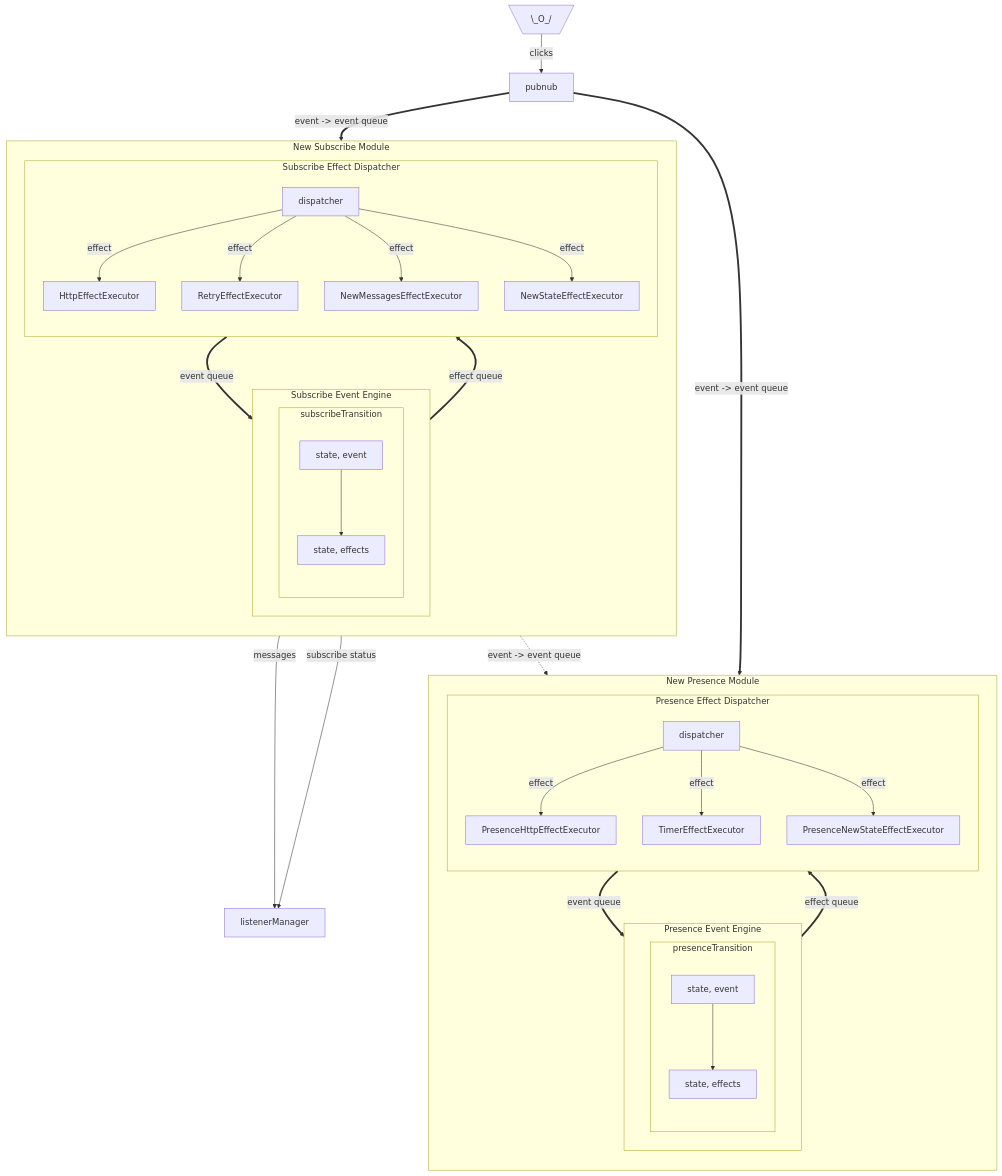
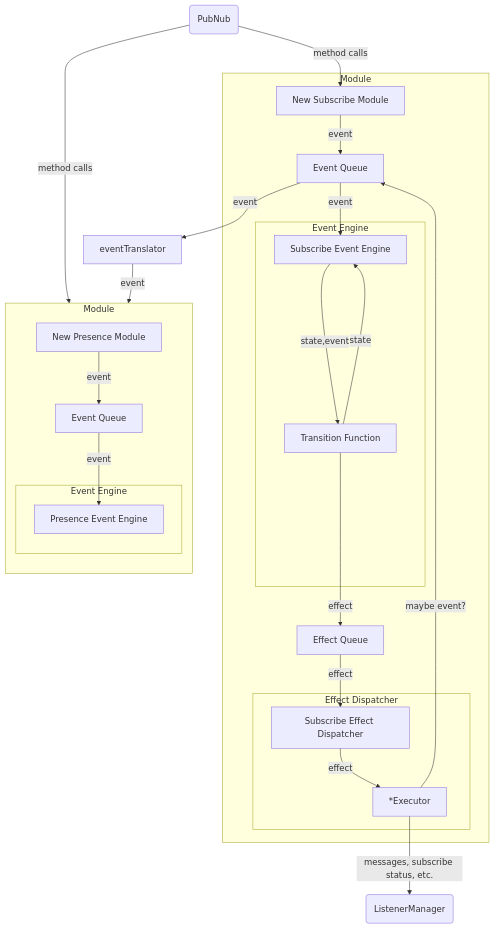
Before and after one commit to pubnub/kotlin: the diagram in SUBSCRIBE.MD, drawn with Mermaid. The commit also changed other lines of this file, not shown here.

Commit message:
Better diagram?

````diff
--- a/SUBSCRIBE.MD
+++ b/SUBSCRIBE.MD
@@ -1,42 +2,42 @@
 ```mermaid
 flowchart TB
-  subgraph subscribeModule[New Subscribe Module]
-      direction TB
-      subgraph eventEngine[Subscribe Event Engine]
-        subgraph subscribeTransition 
-            state,event1[state, event] --> state,effects1[state, effects]
-        end
-      end
-      
-      subgraph effectDispatcher[Subscribe Effect Dispatcher]
-            direction TB
-            dispatcher -- effect --> HttpEffectExecutor & RetryEffectExecutor & NewMessagesEffectExecutor & NewStateEffectExecutor
-      end
+  pubnub(PubNub)
+  listenerManager(ListenerManager)
+  subgraph subModule[Module]
+
+    newSubscribeModule[New Subscribe Module]
+    subgraph subEventEngine[Event Engine]
+      subscribeEventEngine[Subscribe Event Engine]
+      subscribeTransition[Transition Function]
+    end
+    subscribeEventQueue[Event Queue]
+    subscribeEffectQueue[Effect Queue]
+    subgraph subEffectDispatcher[Effect Dispatcher]
+      subscribeEffectDispatcher[Subscribe Effect Dispatcher]
+      *Executor
+    end
   end
 
-  subgraph presenceModule[New Presence Module]
+  subgraph presModule[Module]
     direction TB
-    subgraph presenceEventEngine[Presence Event Engine]
-      subgraph presenceTransition 
-            state,event2[state, event] --> state,effects2[state, effects]
-      end
+    newPresenceModule[New Presence Module]
+    presenceEventQueue[Event Queue]
+    subgraph presEventEngine[Event Engine]
+      presenceEventEngine[Presence Event Engine]
     end
-    subgraph presenceDispatcher[Presence Effect Dispatcher]
-      direction TB
-      presenceDisp[dispatcher] -- effect --> PresenceHttpEffectExecutor & TimerEffectExecutor & PresenceNewStateEffectExecutor
-    end    
-    
   end
+  eventTranslator
 
-  eventEngine == effect queue ==> effectDispatcher
-  effectDispatcher == event queue ==> eventEngine
-  presenceEventEngine == effect queue ==> presenceDispatcher
-  presenceDispatcher == event queue ==> presenceEventEngine
-  user[\\_O_//] -- clicks --> pubnub
-  pubnub == event -> event queue ==> subscribeModule
-  pubnub == event -> event queue ==> presenceModule
-  subscribeModule -- messages --> listenerManager
-  subscribeModule -- subscribe status --> listenerManager
-
-  subscribeModule -. event -> event queue .-> presenceModule
+  
+  pubnub -- method calls --> newSubscribeModule -- event --> subscribeEventQueue 
+   subscribeEventEngine -- state,event --> subscribeTransition -- state --> subscribeEventEngine 
+  pubnub -- method calls --> newPresenceModule
+  newPresenceModule -- event --> presenceEventQueue
+  subscribeTransition -- effect --> subscribeEffectQueue -- effect --> subscribeEffectDispatcher -- effect --> *Executor
+  *Executor -- maybe event? --> subscribeEventQueue
+  *Executor -- messages, subscribe status, etc. --> listenerManager
+  subscribeEventQueue -- event --> subscribeEventEngine & eventTranslator
+  eventTranslator -- event --> presenceEventQueue
+  presenceEventQueue -- event --> presenceEventEngine
+  
 ```
````
